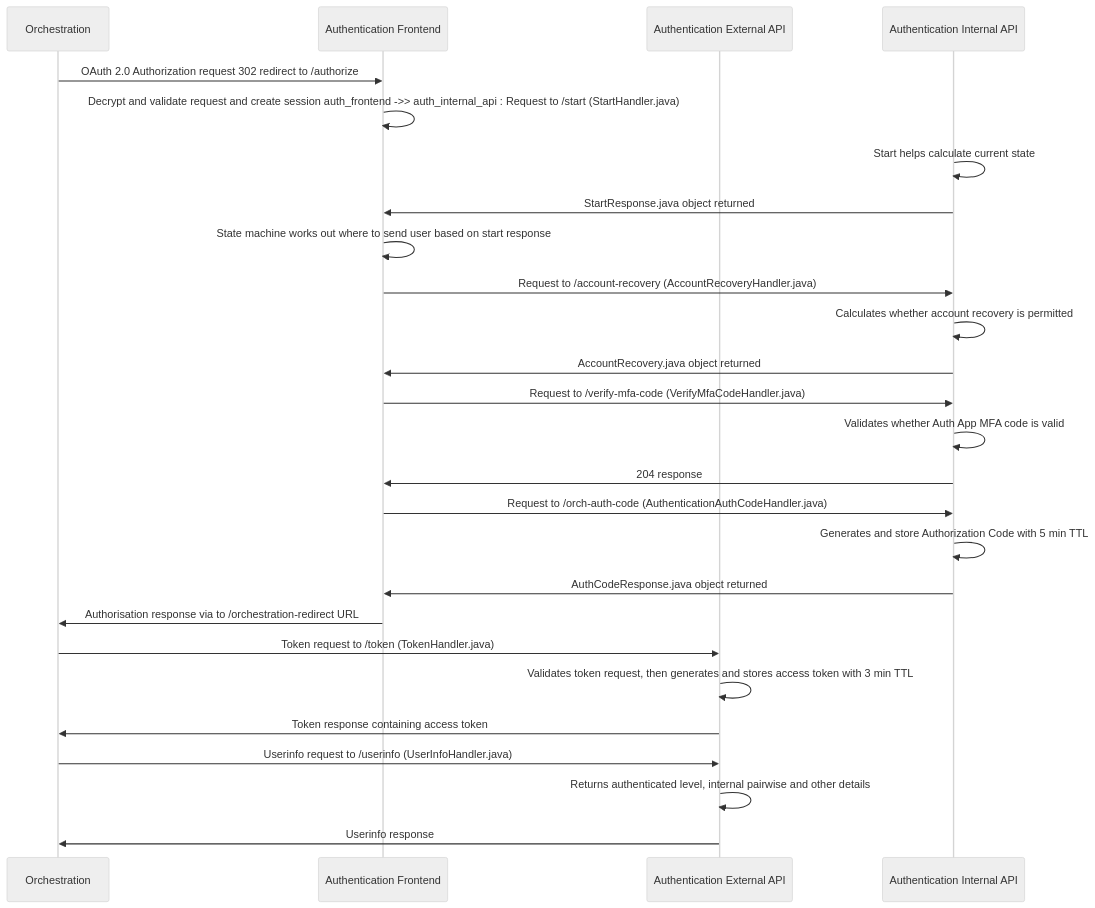
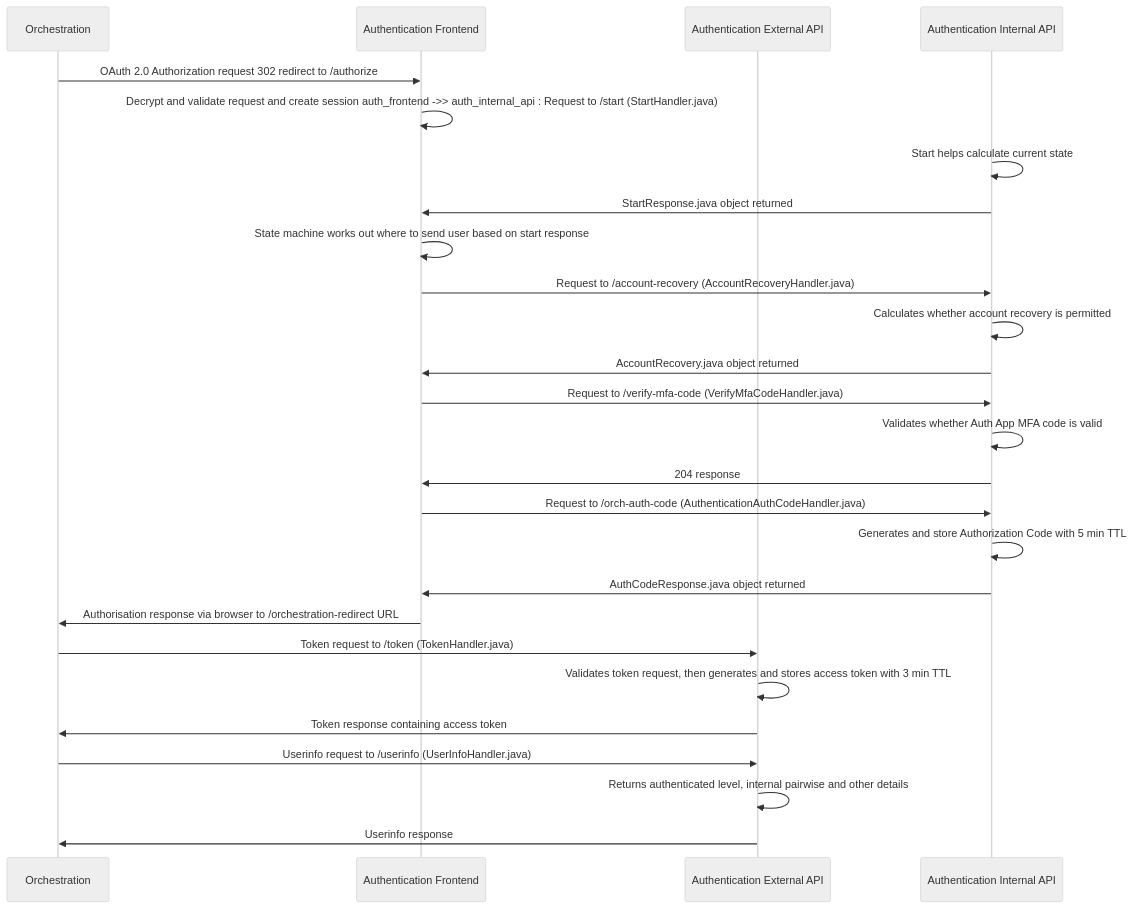
Before and after one commit to govuk-one-login/authentication-api: the diagram in docs/diagrams/authentication/login/uplift-auth-app.mmd, drawn with Mermaid (neutral theme). The commit also changed 6 other files, not shown here.

Commit message:
BAU: Fix missing 'browser' in 'via to' redirect text across auth-app diagrams

```diff
--- a/docs/diagrams/authentication/login/uplift-auth-app.mmd
+++ b/docs/diagrams/authentication/login/uplift-auth-app.mmd
@@ -1,26 +1,26 @@
 sequenceDiagram
     participant orch_api as Orchestration
     participant auth_frontend as Authentication Frontend
     participant auth_external_api as Authentication External API
     participant auth_internal_api as Authentication Internal API    
     orch_api ->> auth_frontend : OAuth 2.0 Authorization request 302 redirect to /authorize
     auth_frontend ->> auth_frontend : Decrypt and validate request and create session    auth_frontend ->> auth_internal_api : Request to /start (StartHandler.java)
     auth_internal_api ->> auth_internal_api : Start helps calculate current state
     auth_internal_api ->> auth_frontend : StartResponse.java object returned
     auth_frontend ->> auth_frontend : State machine works out where to send user based on start response
     auth_frontend ->> auth_internal_api : Request to /account-recovery (AccountRecoveryHandler.java)
     auth_internal_api ->> auth_internal_api : Calculates whether account recovery is permitted
     auth_internal_api ->> auth_frontend: AccountRecovery.java object returned
     auth_frontend ->> auth_internal_api : Request to /verify-mfa-code (VerifyMfaCodeHandler.java)
     auth_internal_api ->> auth_internal_api : Validates whether Auth App MFA code is valid
     auth_internal_api ->> auth_frontend: 204 response 
     auth_frontend ->> auth_internal_api : Request to /orch-auth-code (AuthenticationAuthCodeHandler.java)
     auth_internal_api ->> auth_internal_api : Generates and store Authorization Code with 5 min TTL
     auth_internal_api ->> auth_frontend: AuthCodeResponse.java object returned
-    auth_frontend ->> orch_api : Authorisation response via to /orchestration-redirect URL
+    auth_frontend ->> orch_api : Authorisation response via browser to /orchestration-redirect URL
     orch_api ->> auth_external_api: Token request to /token (TokenHandler.java)
     auth_external_api ->> auth_external_api : Validates token request, then generates and stores access token with 3 min TTL
     auth_external_api ->> orch_api : Token response containing access token
     orch_api ->> auth_external_api: Userinfo request to /userinfo (UserInfoHandler.java)
     auth_external_api ->> auth_external_api: Returns authenticated level, internal pairwise and other details
     auth_external_api ->> orch_api : Userinfo response
```
